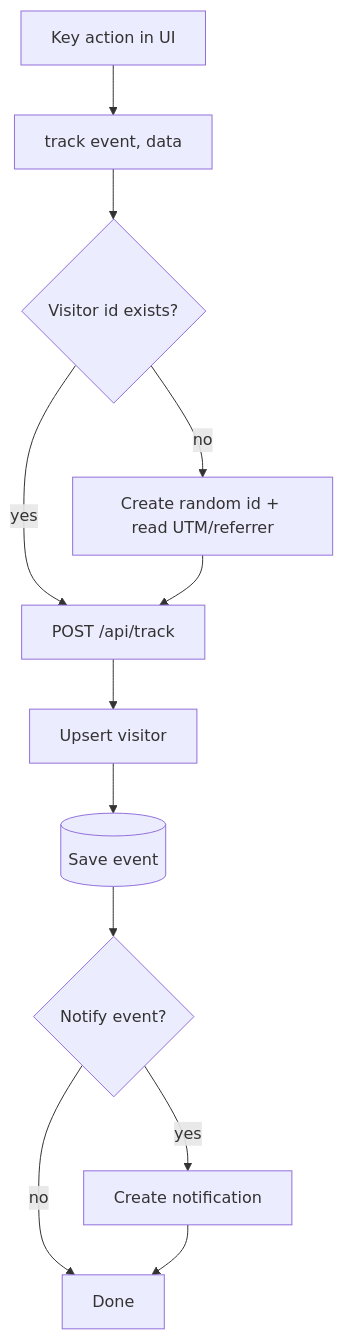
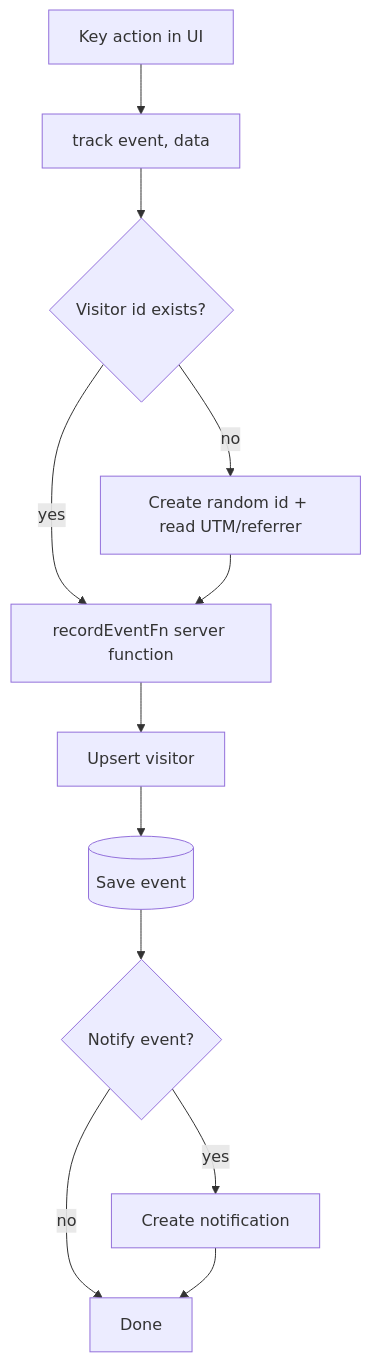
Before and after one commit to AhmedElnagarUU/Demmoss: the diagram in docs/features/tracking.md, drawn with Mermaid. The commit also changed other lines of this file and 20 other files, not shown here.

````diff
--- a/docs/features/tracking.md
+++ b/docs/features/tracking.md
@@ -33,14 +33,14 @@
 ```mermaid
 flowchart TD
   A[Key action in UI] --> T[track event, data]
   T --> ID{Visitor id exists?}
   ID -->|no| NEW[Create random id + read UTM/referrer]
   ID -->|yes| SEND
-  NEW --> SEND[POST /api/track]
+  NEW --> SEND[recordEventFn server function]
   SEND --> UP[Upsert visitor]
   UP --> SAVE[(Save event)]
   SAVE --> Q{Notify event?}
   Q -->|yes| N[Create notification]
   Q -->|no| END[Done]
   N --> END
 ```
````
